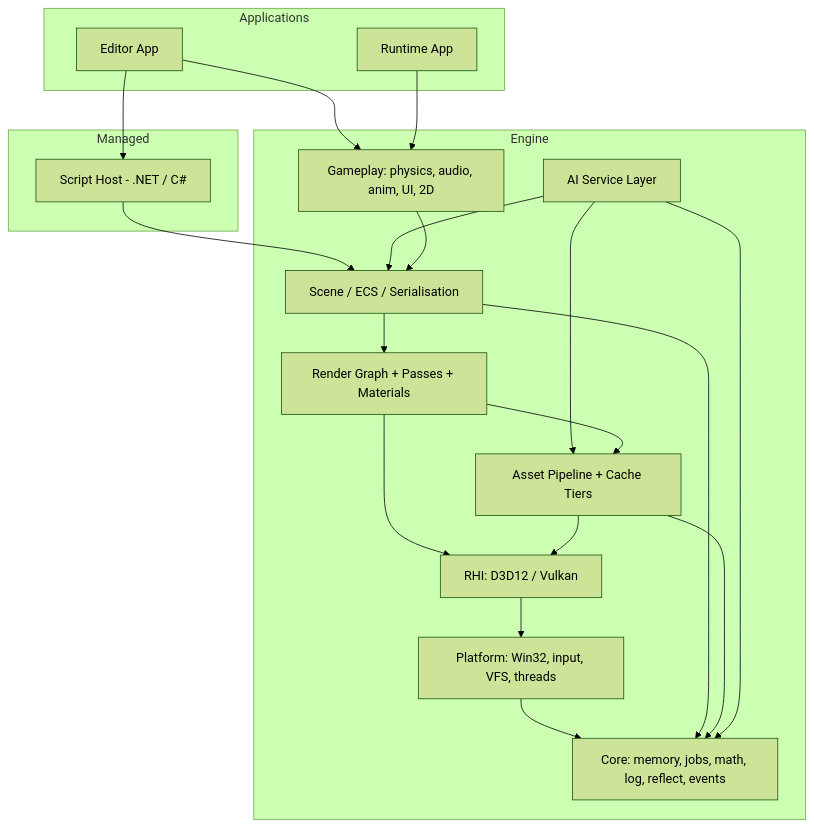
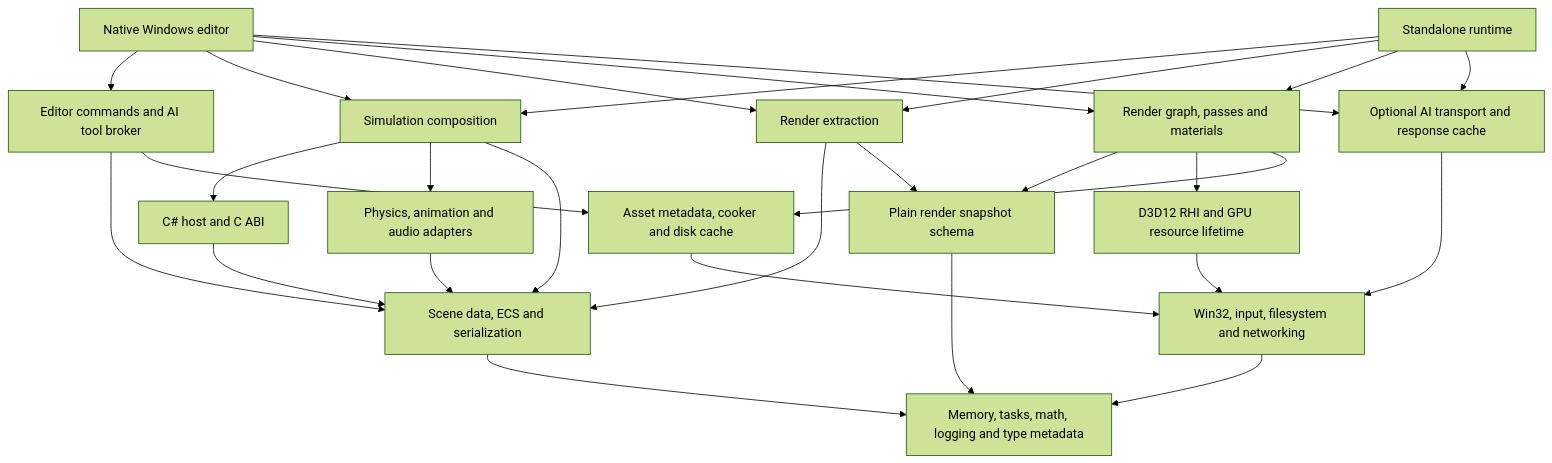
One commit to ShubhamBrody/VelosGameEngine changed the first of 7 diagrams in docs/ARCHITECTURE.md. Above: the diagram before and after it, drawn with Mermaid (forest theme). The commit also changed other lines of this file and 5 other files, not shown here.

First line of the commit message:
docs(plan): refine engine scope, architecture and milestone gates

````diff
--- a/docs/ARCHITECTURE.md
+++ b/docs/ARCHITECTURE.md
@@ -30,36 +31,45 @@
 ```mermaid
 graph TD
-  subgraph Applications
-    ED[Editor App]
-    RT[Runtime App]
-  end
-  subgraph Managed
-    SCRIPT[Script Host - .NET / C#]
-  end
-  subgraph Engine
-    AI[AI Service Layer]
-    GAME[Gameplay: physics, audio, anim, UI, 2D]
-    SCENE[Scene / ECS / Serialisation]
-    RENDER[Render Graph + Passes + Materials]
-    ASSET[Asset Pipeline + Cache Tiers]
-    RHI[RHI: D3D12 / Vulkan]
-    PLAT[Platform: Win32, input, VFS, threads]
-    CORE[Core: memory, jobs, math, log, reflect, events]
-  end
-  ED --> SCRIPT
-  ED --> GAME
-  RT --> GAME
+  ED[Native Windows editor]
+  RT[Standalone runtime]
+  SERVICES[Editor commands and AI tool broker]
+  SIM[Simulation composition]
+  SCRIPT[C# host and C ABI]
+  GAME[Physics, animation and audio adapters]
+  EXTRACT[Render extraction]
+  SNAPSHOT[Plain render snapshot schema]
+  SCENE[Scene data, ECS and serialization]
+  RENDER[Render graph, passes and materials]
+  ASSET[Asset metadata, cooker and disk cache]
+  AI[Optional AI transport and response cache]
+  RHI[D3D12 RHI and GPU resource lifetime]
+  PLAT[Win32, input, filesystem and networking]
+  CORE[Memory, tasks, math, logging and type metadata]
+  ED --> SERVICES
+  ED --> SIM
+  ED --> EXTRACT
+  ED --> RENDER
+  ED --> AI
+  RT --> SIM
+  RT --> EXTRACT
+  RT --> RENDER
+  RT --> AI
+  SERVICES --> SCENE
+  SERVICES --> ASSET
+  SIM --> SCRIPT
+  SIM --> GAME
+  SIM --> SCENE
   SCRIPT --> SCENE
-  AI --> ASSET
-  AI --> SCENE
   GAME --> SCENE
-  SCENE --> RENDER
+  EXTRACT --> SCENE
+  EXTRACT --> SNAPSHOT
+  RENDER --> SNAPSHOT
   RENDER --> RHI
-  ASSET --> RHI
   RENDER --> ASSET
+  SNAPSHOT --> CORE
+  AI --> PLAT
+  ASSET --> PLAT
   RHI --> PLAT
   PLAT --> CORE
   SCENE --> CORE
-  ASSET --> CORE
-  AI --> CORE
 ```
````
